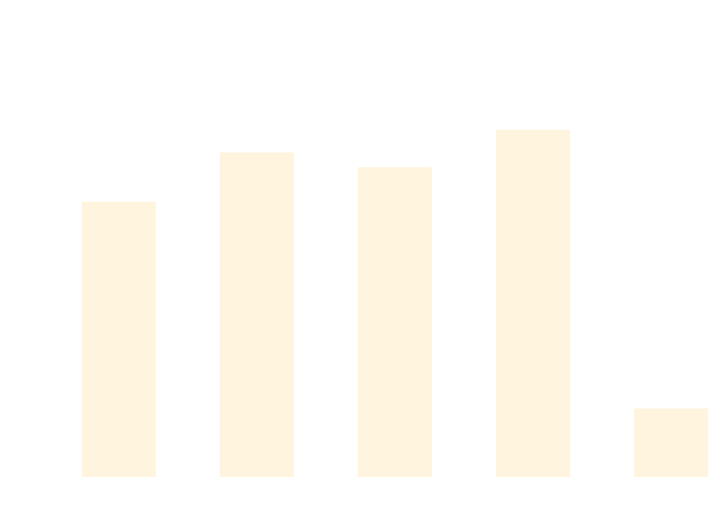
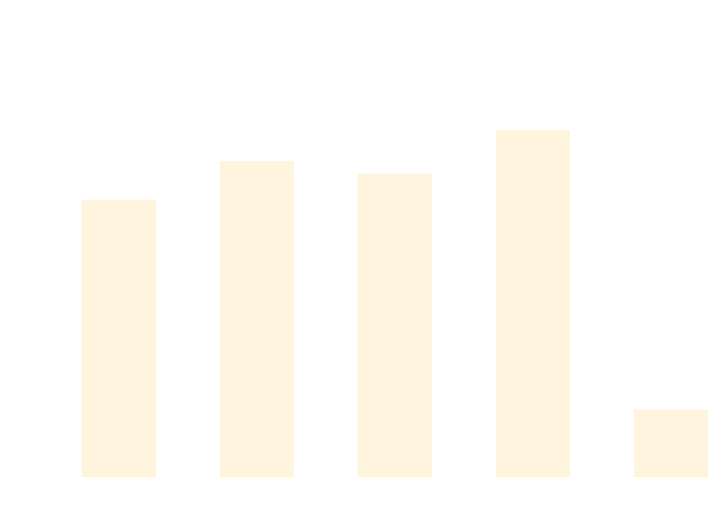
The diagram in docs/docs/benchmarks/AsyncTests.md (thomhurst/TUnit), drawn with Mermaid before and after one commit. The commit also changed other lines of this file and 17 other files, not shown here.

````diff
--- a/docs/docs/benchmarks/AsyncTests.md
+++ b/docs/docs/benchmarks/AsyncTests.md
@@ -27,37 +27,37 @@
 ```mermaid
 %%{init: {
   'theme':'base',
   'themeVariables': {
     'primaryColor': '#2563eb',
     'primaryTextColor': '#ffffff',
     'primaryBorderColor': '#1e40af',
     'lineColor': '#6b7280',
     'secondaryColor': '#7c3aed',
     'tertiaryColor': '#dc2626',
     'background': '#ffffff',
     'mainBkg': '#2563eb',
     'secondBkg': '#7c3aed',
     'tertiaryBkg': '#dc2626',
     'clusterBkg': '#f3f4f6',
     'edgeLabelBackground': '#ffffff',
     'tertiaryTextColor': '#1f2937',
     'pie1': '#2563eb',
     'pie2': '#7c3aed',
     'pie3': '#dc2626',
     'pie4': '#f59e0b',
     'pie5': '#10b981',
     'pie6': '#06b6d4',
     'pie7': '#ec4899',
     'pie8': '#6366f1',
     'pie9': '#84cc16',
     'pie10': '#f97316',
     'pie11': '#14b8a6',
     'pie12': '#a855f7'
   }
 }}%%
 xychart-beta
   title "AsyncTests Performance Comparison"
   x-axis ["TUnit", "NUnit", "MSTest", "xUnit3", "TUnit_AOT"]
-  y-axis "Time (ms)" 0 --> 832
-  bar [546.4, 647.1, 616.6, 693.2, 123.7]
+  y-axis "Time (ms)" 0 --> 855
+  bar [565.8, 647.2, 620.4, 712.3, 125.3]
 ```
````
